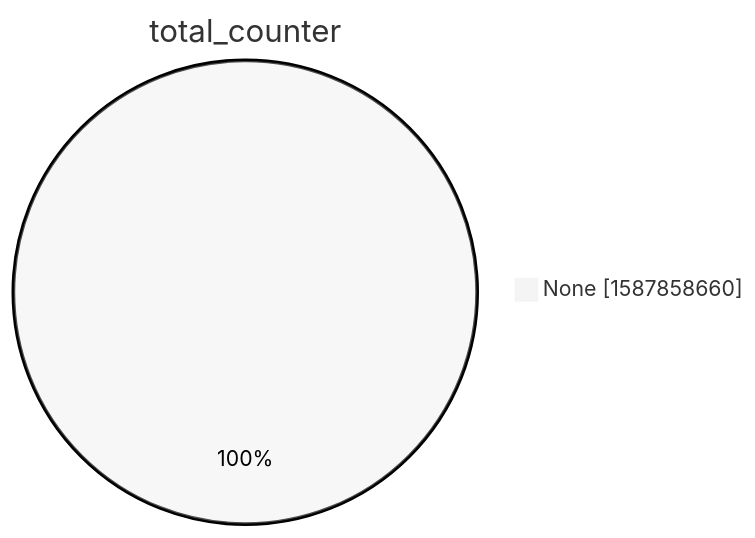
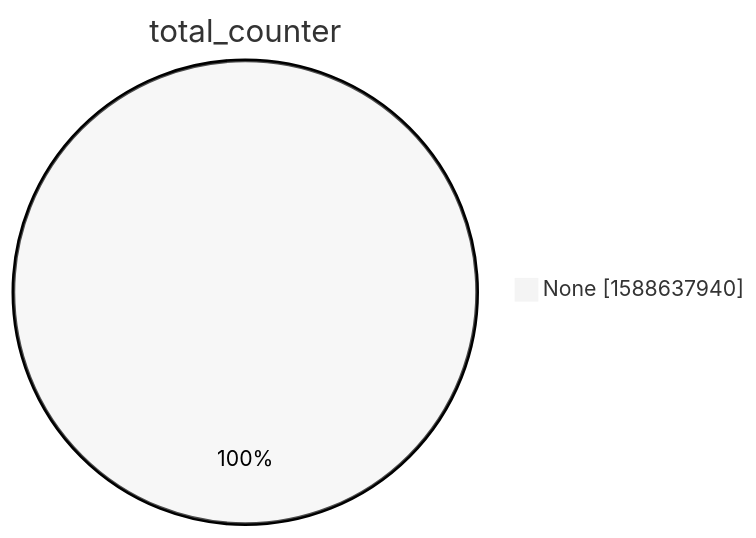
The second of 15 diagrams in xenon2022/README.md (christiankrug/ctmonitor_visualization), drawn with Mermaid (neutral theme) before and after one commit. The commit also changed other lines of this file, not shown here.

````diff
--- a/xenon2022/README.md
+++ b/xenon2022/README.md
@@ -9,5 +9,5 @@
 ```mermaid
 pie showData
 title total_counter
-"None" :1587858660
+"None" :1588637940
 ```
````
